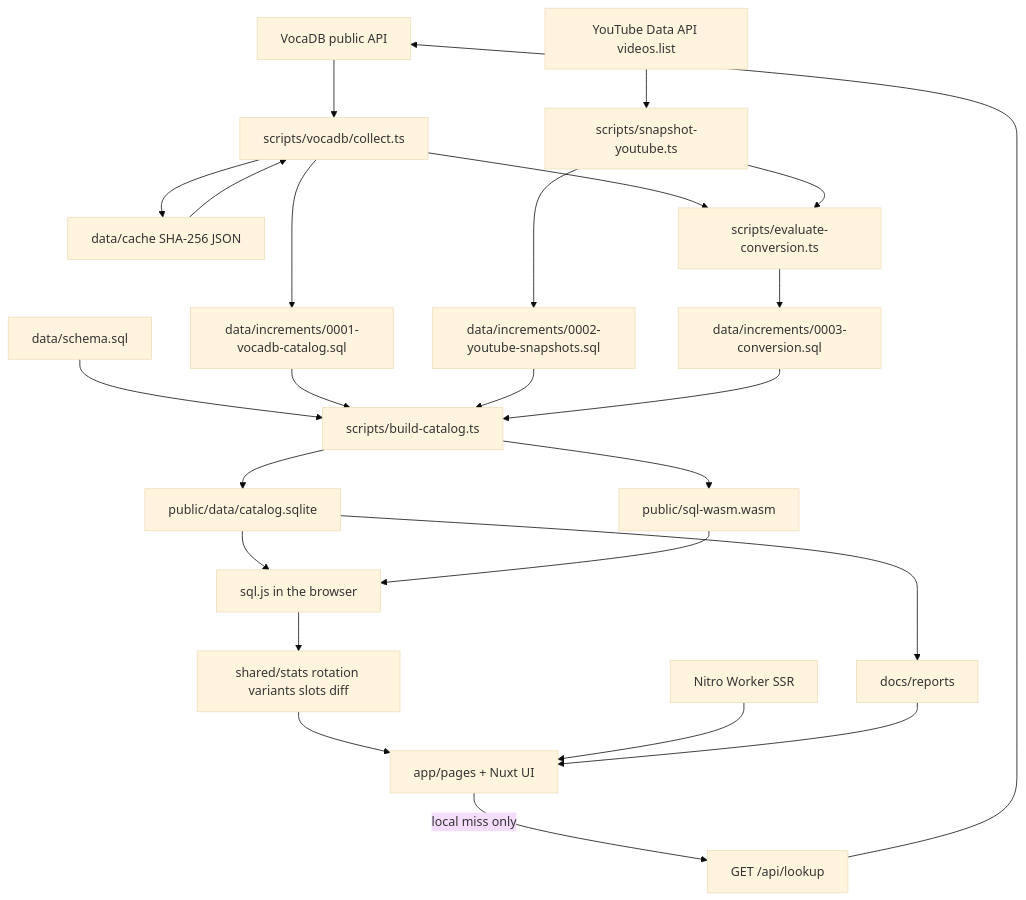
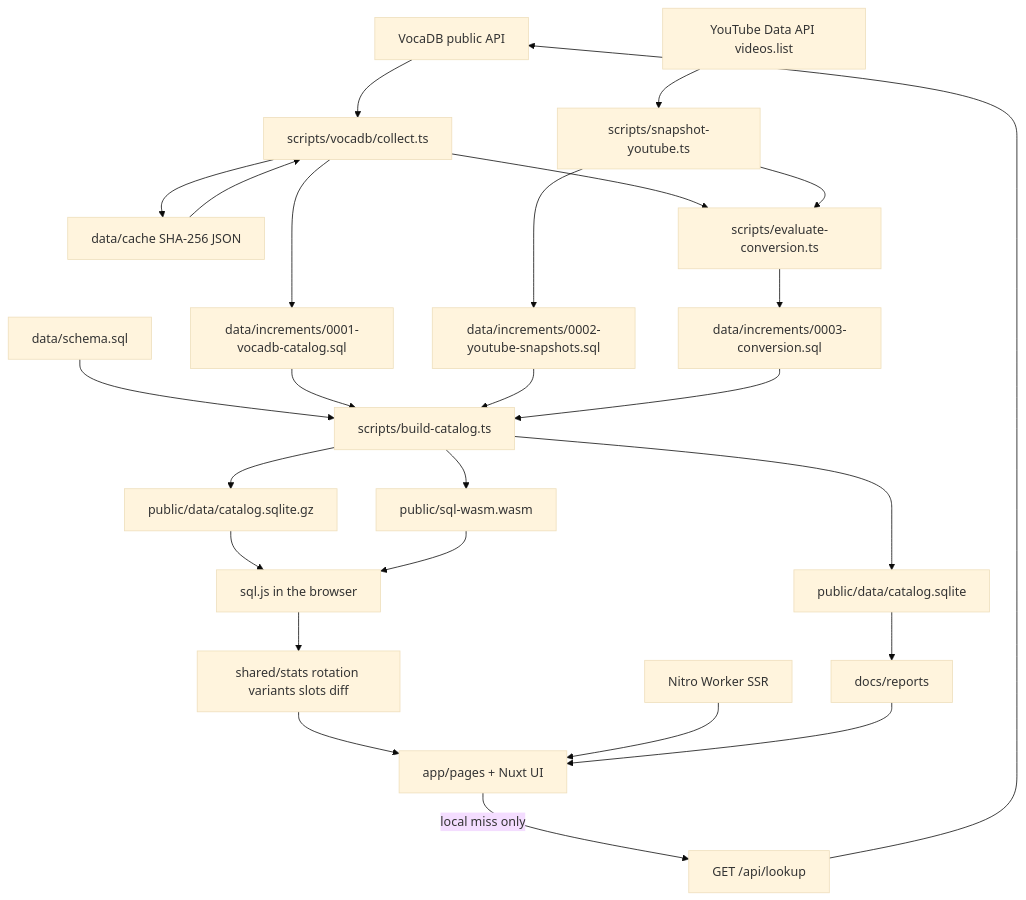
Before and after one commit to RJiazhen/miku-concert-stats: the diagram in docs/architecture.md, drawn with Mermaid (base theme). The commit also changed other lines of this file and 7 other files, not shown here.

````diff
--- a/docs/architecture.md
+++ b/docs/architecture.md
@@ -120,47 +122,49 @@
 ```mermaid
 flowchart TD
   vocadb["VocaDB public API"]
   cache["data/cache SHA-256 JSON"]
   collect["scripts/vocadb/collect.ts"]
   youtube["YouTube Data API videos.list"]
   snap["scripts/snapshot-youtube.ts"]
   inc1["data/increments/0001-vocadb-catalog.sql"]
   inc2["data/increments/0002-youtube-snapshots.sql"]
   eval["scripts/evaluate-conversion.ts"]
   inc3["data/increments/0003-conversion.sql"]
   schema["data/schema.sql"]
   build["scripts/build-catalog.ts"]
   sqlite["public/data/catalog.sqlite"]
+  gzip["public/data/catalog.sqlite.gz"]
   wasm["public/sql-wasm.wasm"]
   browser["sql.js in the browser"]
   shared["shared/stats rotation variants slots diff"]
   pages["app/pages + Nuxt UI"]
   worker["Nitro Worker SSR"]
   lookup["GET /api/lookup"]
   report["docs/reports"]
 
   vocadb --> collect
   collect --> cache
   cache --> collect
   collect --> inc1
   collect --> eval
   youtube --> snap
   snap --> inc2
   snap --> eval
   schema --> build
   inc1 --> build
   inc2 --> build
   inc3 --> build
   eval --> inc3
   build --> sqlite
+  build --> gzip
   build --> wasm
-  sqlite --> browser
+  gzip --> browser
   wasm --> browser
   browser --> shared
   shared --> pages
   worker --> pages
   pages -->|"local miss only"| lookup
   lookup --> vocadb
   sqlite --> report
   report --> pages
 ```
````
